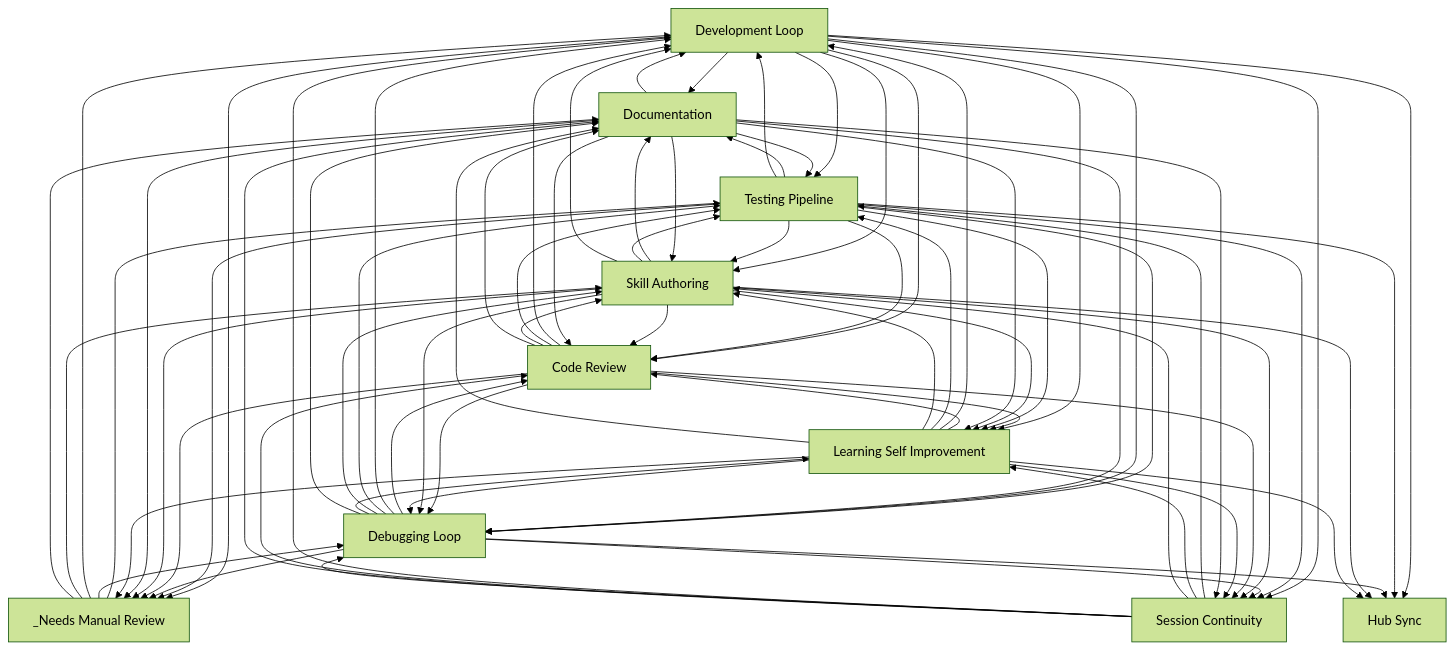
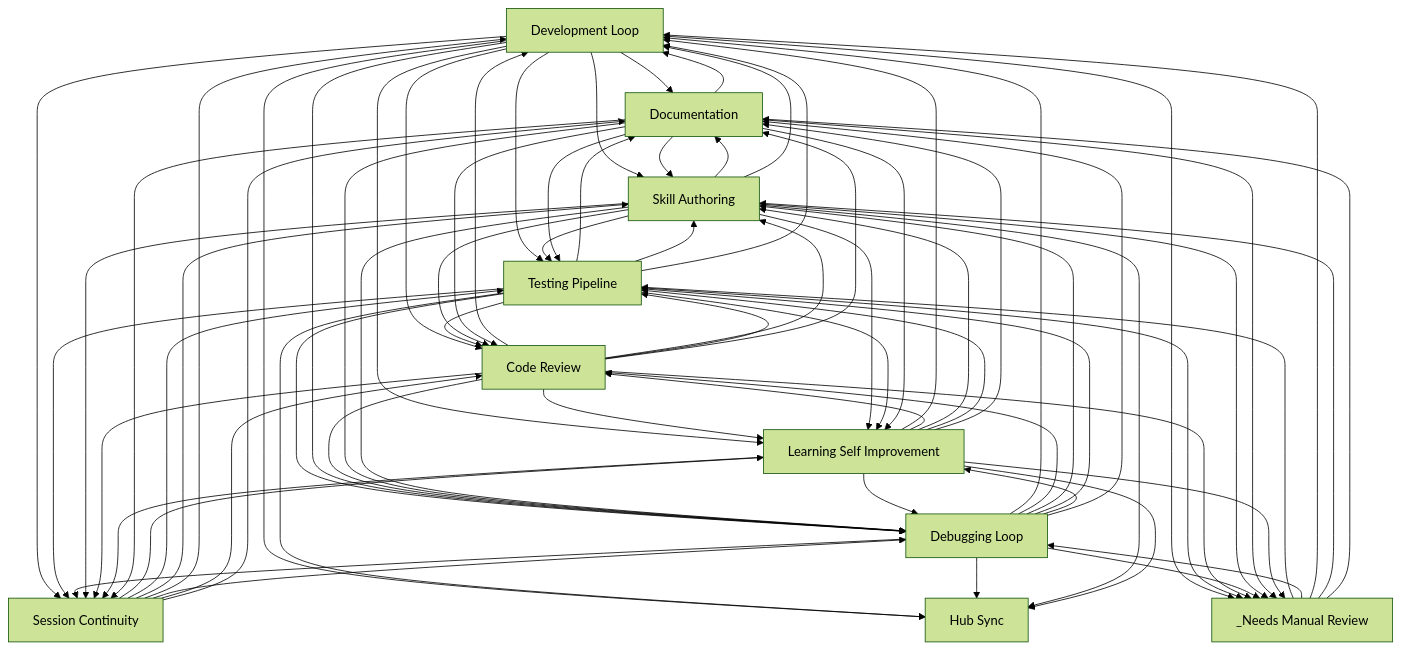
Before and after one commit to abhayla/claude-best-practices: the diagram in docs/workflows/INDEX.md, drawn with Mermaid (forest theme). The commit also changed other lines of this file and 12 other files, not shown here.

```diff
--- a/docs/workflows/INDEX.md
+++ b/docs/workflows/INDEX.md
@@ -32,42 +32,42 @@
     hub_sync[Hub Sync]
     _needs_manual_review[_Needs Manual Review]
     development_loop --> documentation
+    skill_authoring --> documentation
     testing_pipeline --> documentation
-    skill_authoring --> documentation
+    development_loop --> skill_authoring
     development_loop --> testing_pipeline
-    development_loop --> skill_authoring
+    skill_authoring --> testing_pipeline
+    documentation --> skill_authoring
+    documentation --> testing_pipeline
     testing_pipeline --> skill_authoring
-    skill_authoring --> testing_pipeline
-    documentation --> testing_pipeline
-    documentation --> skill_authoring
     development_loop --> code_review
     code_review --> development_loop
+    code_review --> skill_authoring
     code_review --> testing_pipeline
-    code_review --> skill_authoring
     development_loop --> learning_self_improvement
     code_review --> learning_self_improvement
+    testing_pipeline --> development_loop
+    testing_pipeline --> code_review
     testing_pipeline --> debugging_loop
-    testing_pipeline --> code_review
-    testing_pipeline --> development_loop
+    debugging_loop --> development_loop
     debugging_loop --> code_review
-    debugging_loop --> development_loop
+    debugging_loop --> skill_authoring
     debugging_loop --> testing_pipeline
-    debugging_loop --> skill_authoring
     development_loop --> debugging_loop
     documentation --> development_loop
     skill_authoring --> development_loop
     skill_authoring --> code_review
+    skill_authoring --> learning_self_improvement
     testing_pipeline --> learning_self_improvement
-    skill_authoring --> learning_self_improvement
     development_loop --> _needs_manual_review
     testing_pipeline --> _needs_manual_review
+    code_review --> debugging_loop
+    documentation --> code_review
     documentation --> debugging_loop
-    documentation --> code_review
-    code_review --> debugging_loop
     code_review --> documentation
     development_loop --> session_continuity
+    session_continuity --> learning_self_improvement
     session_continuity --> testing_pipeline
-    session_continuity --> learning_self_improvement
     _needs_manual_review --> testing_pipeline
     testing_pipeline --> session_continuity
     debugging_loop --> session_continuity
@@ -79,14 +79,14 @@
     skill_authoring --> session_continuity
     skill_authoring --> debugging_loop
     _needs_manual_review --> debugging_loop
+    learning_self_improvement --> development_loop
+    learning_self_improvement --> code_review
     learning_self_improvement --> debugging_loop
-    learning_self_improvement --> code_review
-    learning_self_improvement --> development_loop
+    learning_self_improvement --> skill_authoring
     learning_self_improvement --> testing_pipeline
-    learning_self_improvement --> skill_authoring
     debugging_loop --> hub_sync
+    code_review --> _needs_manual_review
     debugging_loop --> _needs_manual_review
-    code_review --> _needs_manual_review
     skill_authoring --> _needs_manual_review
     _needs_manual_review --> development_loop
     _needs_manual_review --> skill_authoring
```
